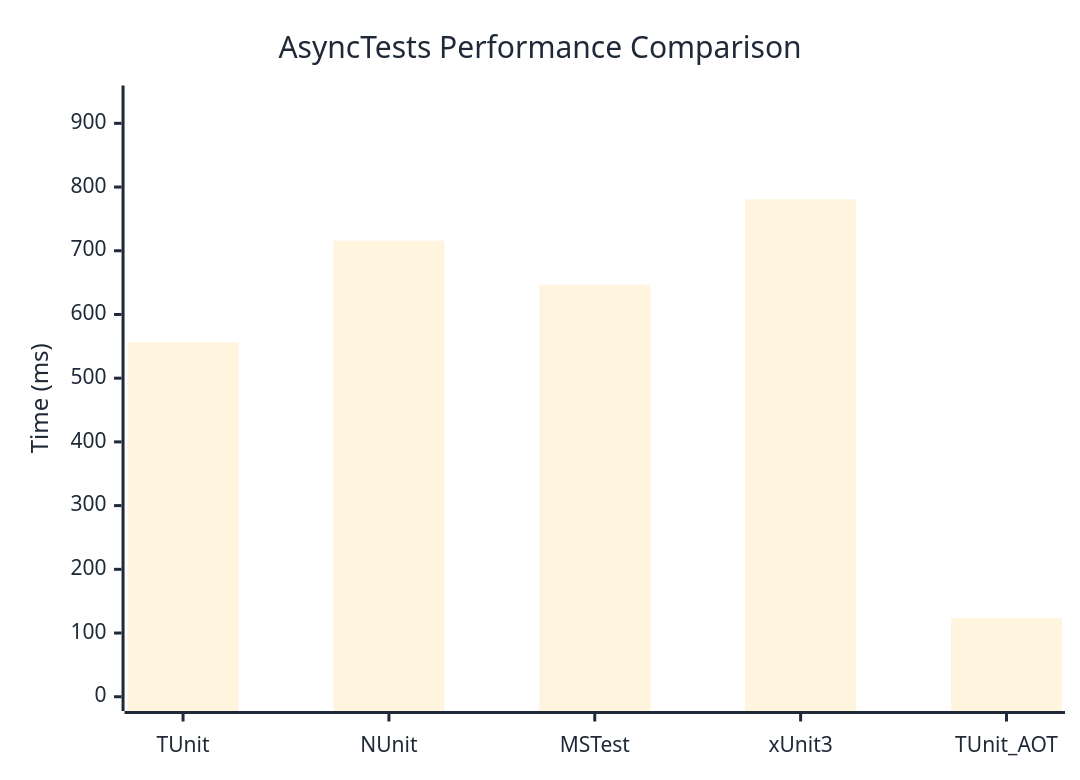
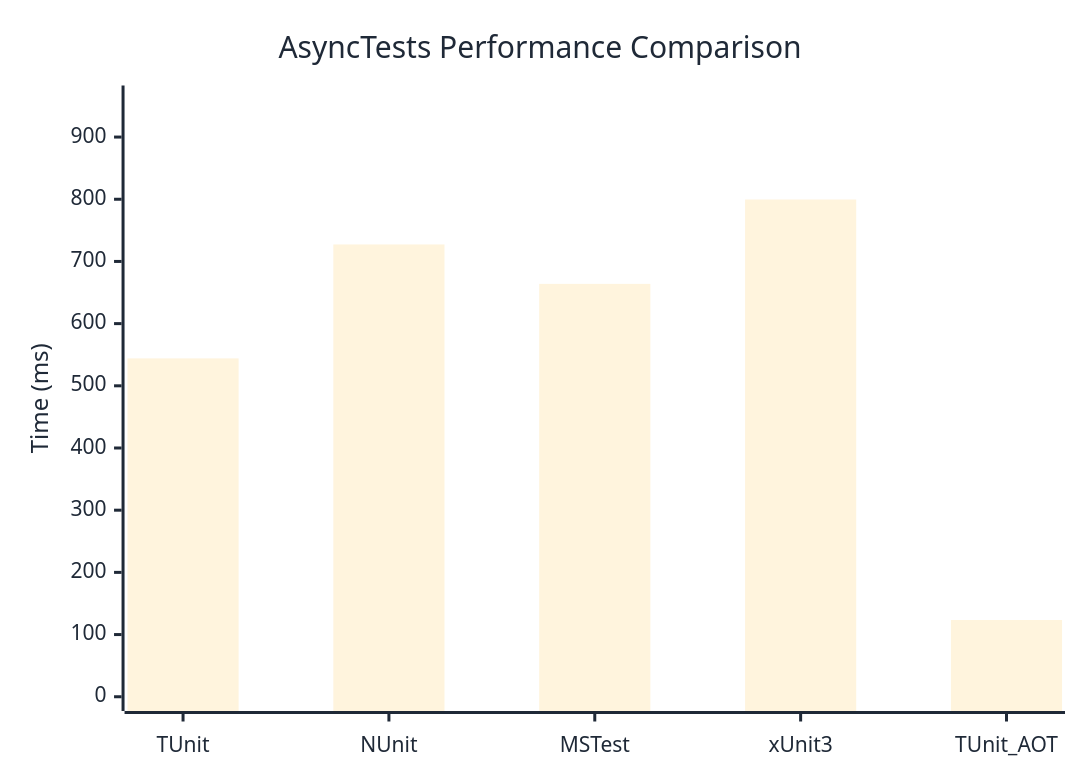
The diagram in docs/docs/benchmarks/AsyncTests.md (thomhurst/TUnit), drawn with Mermaid before and after one commit. The commit also changed other lines of this file and 17 other files, not shown here.

````diff
--- a/docs/docs/benchmarks/AsyncTests.md
+++ b/docs/docs/benchmarks/AsyncTests.md
@@ -27,37 +27,37 @@
 ```mermaid
 %%{init: {
   'theme':'base',
   'themeVariables': {
     'primaryColor': '#2563eb',
     'primaryTextColor': '#1f2937',
     'primaryBorderColor': '#1e40af',
     'lineColor': '#6b7280',
     'secondaryColor': '#7c3aed',
     'tertiaryColor': '#dc2626',
     'background': '#ffffff',
     'mainBkg': '#2563eb',
     'secondBkg': '#7c3aed',
     'tertiaryBkg': '#dc2626',
     'clusterBkg': '#f3f4f6',
     'edgeLabelBackground': '#ffffff',
     'tertiaryTextColor': '#1f2937',
     'pie1': '#2563eb',
     'pie2': '#7c3aed',
     'pie3': '#dc2626',
     'pie4': '#f59e0b',
     'pie5': '#10b981',
     'pie6': '#06b6d4',
     'pie7': '#ec4899',
     'pie8': '#6366f1',
     'pie9': '#84cc16',
     'pie10': '#f97316',
     'pie11': '#14b8a6',
     'pie12': '#a855f7'
   }
 }}%%
 xychart-beta
   title "AsyncTests Performance Comparison"
   x-axis ["TUnit", "NUnit", "MSTest", "xUnit3", "TUnit_AOT"]
-  y-axis "Time (ms)" 0 --> 937
-  bar [556.2, 715.8, 646.7, 780.8, 123.6]
+  y-axis "Time (ms)" 0 --> 960
+  bar [544.1, 727.3, 663.9, 799.6, 123.4]
 ```
````
